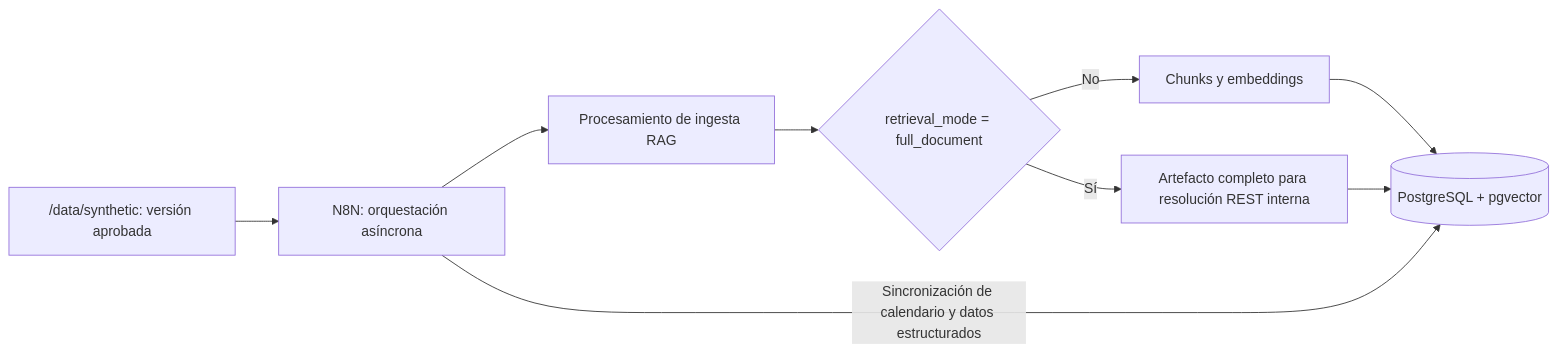
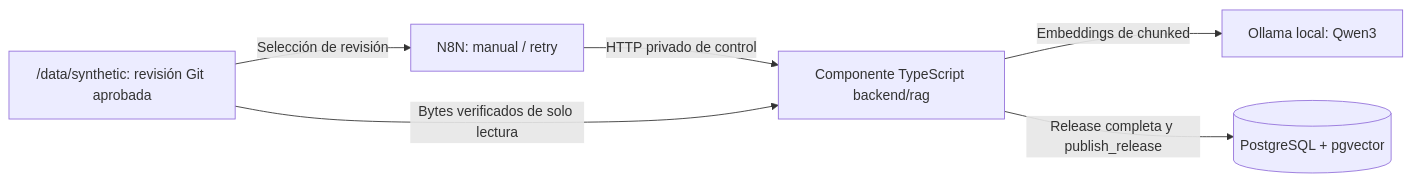
One commit to XeyKG/BanuChat_ changed the second of 3 diagrams in docs/arquitectura.md. Above: the diagram before and after it, drawn with Mermaid. The commit also changed other lines of this file and 7 other files, not shown here.

````diff
--- a/docs/arquitectura.md
+++ b/docs/arquitectura.md
@@ -69,11 +69,8 @@
 ```mermaid
 flowchart LR
-    DATA["/data/synthetic: versión aprobada"] --> N["N8N: orquestación asíncrona"]
-    N --> R["Procesamiento de ingesta RAG"]
-    R --> Q{"retrieval_mode = full_document"}
-    Q -->|"Sí"| L["Artefacto completo para resolución REST interna"]
-    Q -->|"No"| E["Chunks y embeddings"]
-    E --> DB[("PostgreSQL + pgvector")]
-    L --> DB
-    N -->|"Sincronización de calendario y datos estructurados"| DB
+    source["/data/synthetic: revisión Git aprobada"] -->|"Selección de revisión"| orchestrator["N8N: manual / retry"]
+    orchestrator -->|"HTTP privado de control"| ingestion["Componente TypeScript backend/rag"]
+    source -->|"Bytes verificados de solo lectura"| ingestion
+    ingestion -->|"Embeddings de chunked"| ollama["Ollama local: Qwen3"]
+    ingestion -->|"Release completa y publish_release"| storage[("PostgreSQL + pgvector")]
 ```
````
